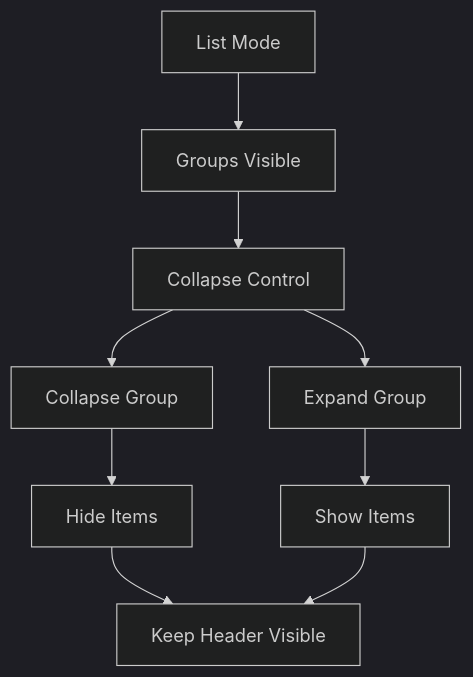
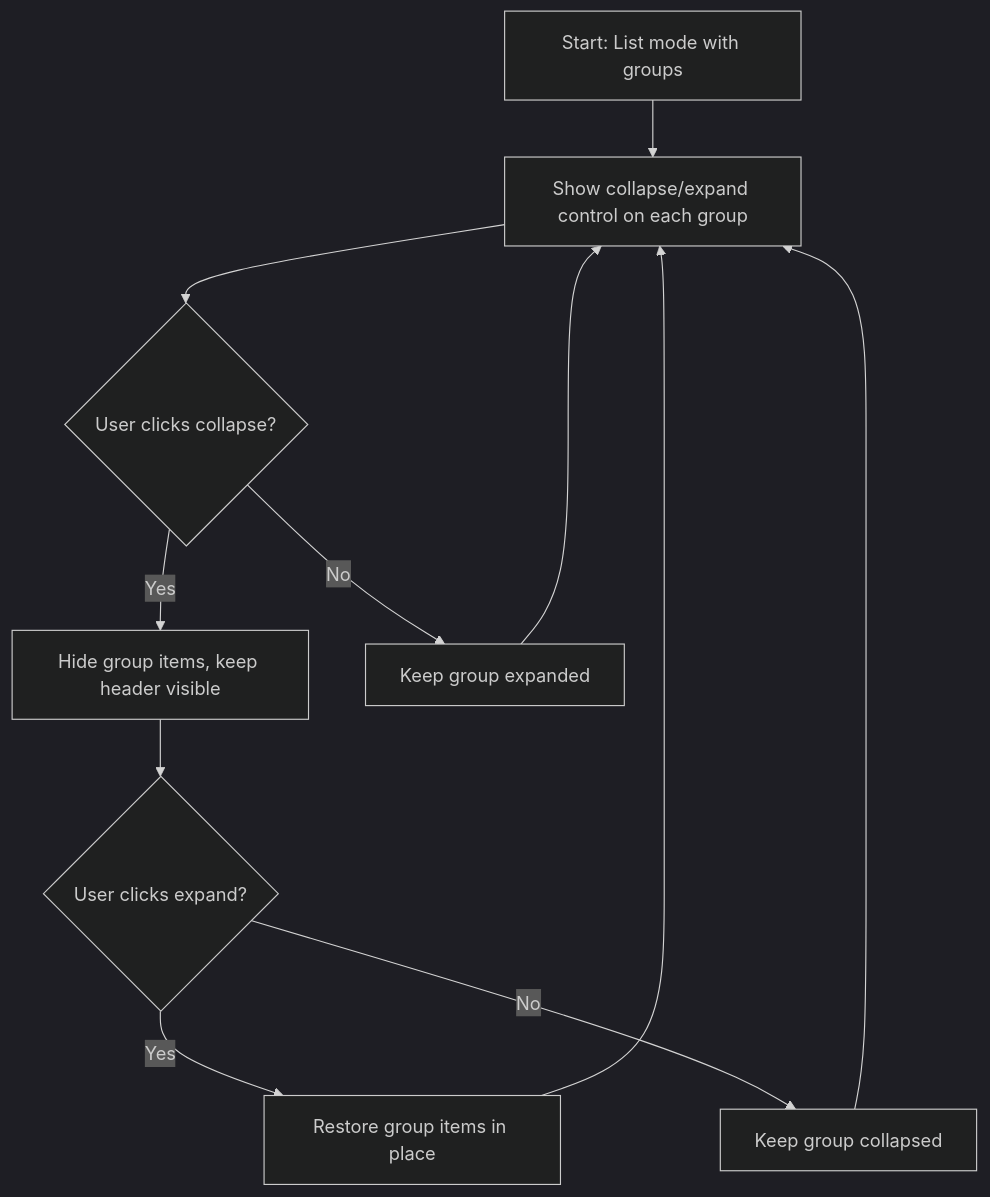
One commit to AlexAgo83/logics-manager changed the diagram in logics/request/req_033_allow_collapsing_and_expanding_groups_in_list_mode.md. Above: the diagram before and after it, drawn with Mermaid (dark theme). The commit also changed 50 other files, not shown here.

````diff
--- a/logics/request/req_033_allow_collapsing_and_expanding_groups_in_list_mode.md
+++ b/logics/request/req_033_allow_collapsing_and_expanding_groups_in_list_mode.md
@@ -10,13 +10,15 @@
 ```mermaid
 %% logics-kind: request
 %% logics-signature: request|allow-collapsing-and-expanding-groups-in|allow-each-group-section-in-list|ac1-each-visible-group-in-list
 flowchart TD
-    A[List Mode] --> B[Groups Visible]
-    B --> C[Collapse Control]
-    C --> D[Collapse Group]
-    C --> E[Expand Group]
-    D --> F[Hide Items]
-    E --> G[Show Items]
-    F --> H[Keep Header Visible]
-    G --> H
+    A[Start: List mode with groups] --> B[Show collapse/expand control on each group]
+    B --> C{User clicks collapse?}
+    C -- Yes --> D[Hide group items, keep header visible]
+    C -- No --> E[Keep group expanded]
+    D --> F{User clicks expand?}
+    F -- Yes --> G[Restore group items in place]
+    F -- No --> H[Keep group collapsed]
+    G --> B
+    E --> B
+    H --> B
 ```
````
